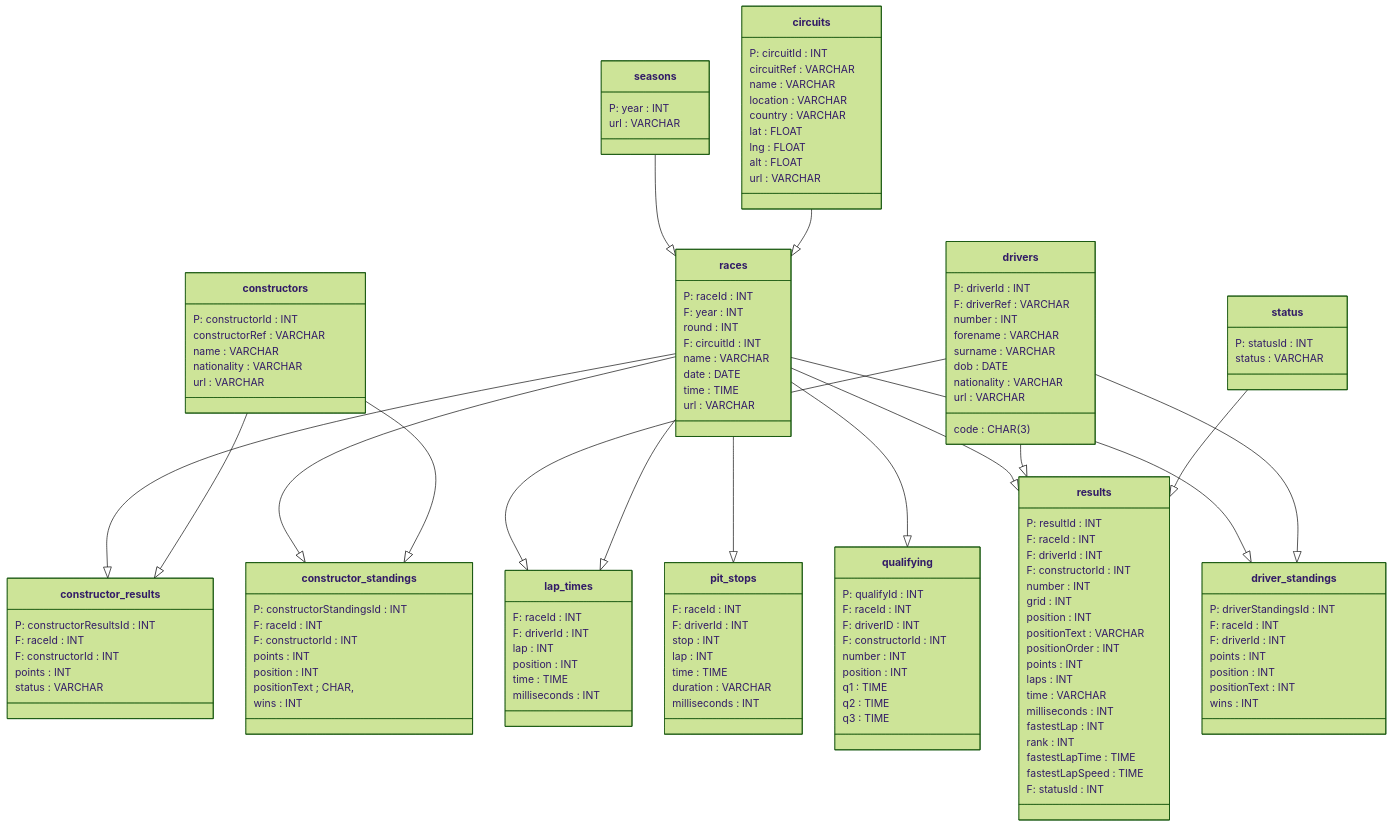
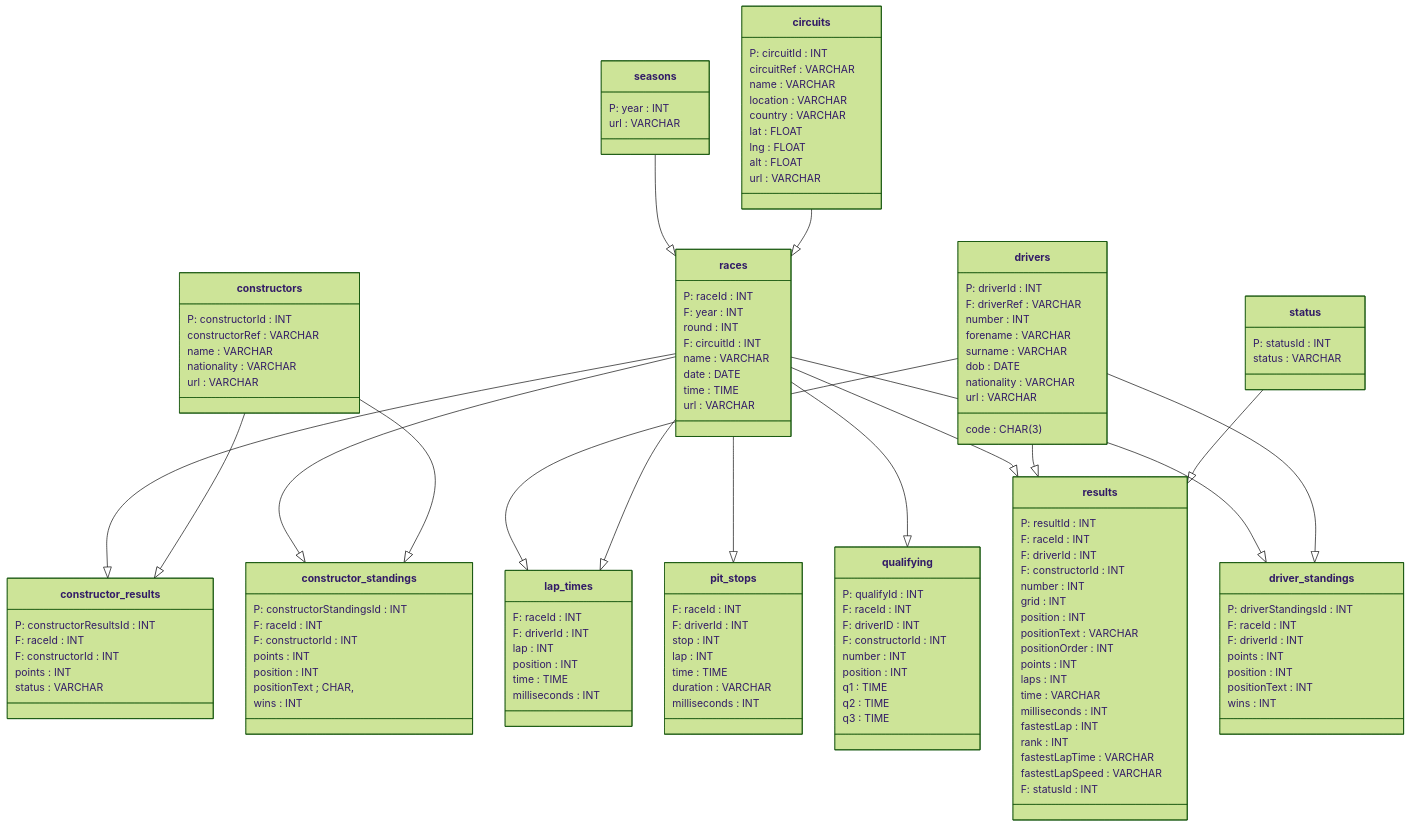
The diagram in ERdiagram.md (hikerdrew/f1-track-models), drawn with Mermaid (forest theme) before and after one commit. The commit also changed 1 other file, not shown here.

Commit message:
Hikerdrew erdiagram (#7)
* ER diagram written in mermaid, used in obsidian.

* Delete ER Diagram.md

* Updated Attributes

```diff
--- a/ERdiagram.md
+++ b/ERdiagram.md
@@ -130,8 +130,8 @@
 	milliseconds : INT
 	fastestLap : INT
 	rank : INT
-	fastestLapTime : TIME
-	fastestLapSpeed : TIME
+	fastestLapTime : VARCHAR
+	fastestLapSpeed : VARCHAR
 	F: statusId : INT
 }
 
```
